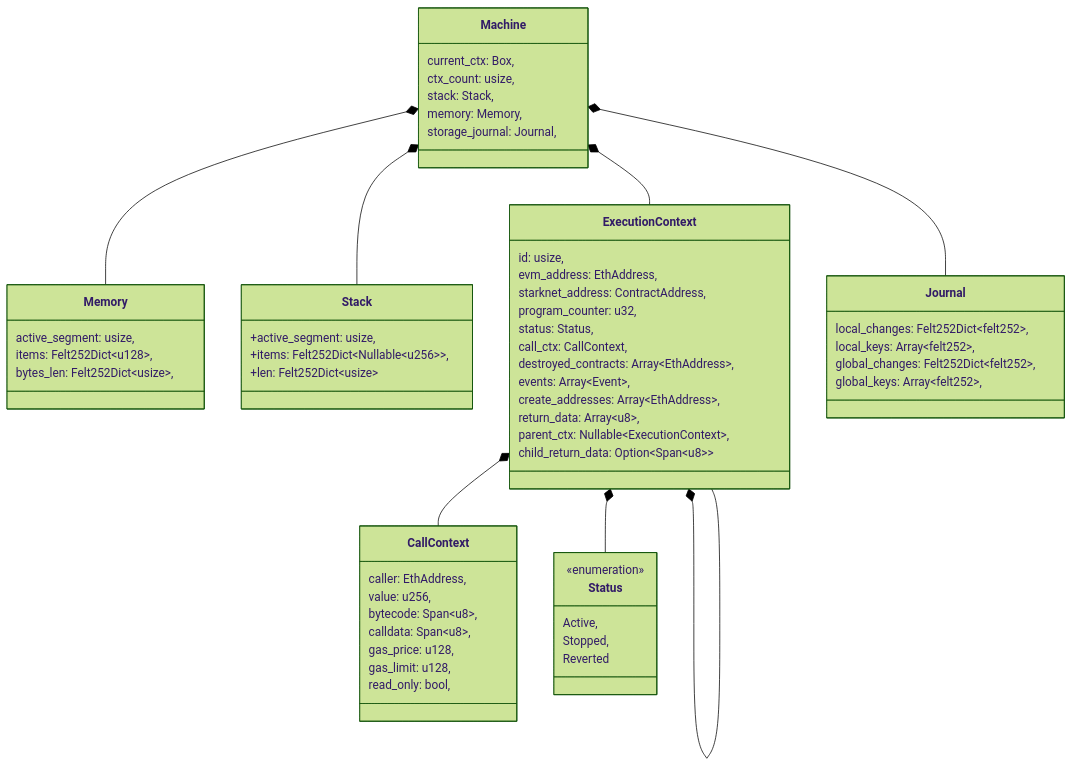
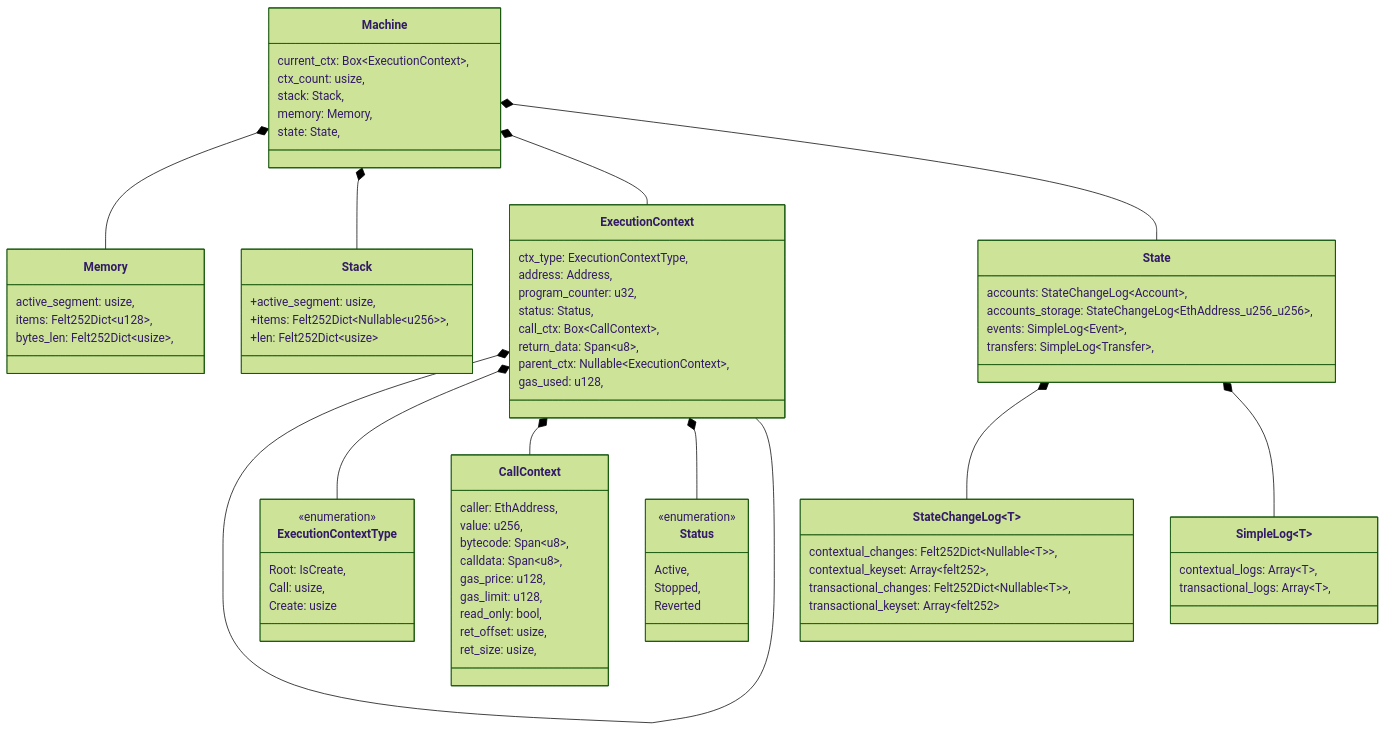
Before and after one commit to kkrt-labs/kakarot-ssj: the first of 2 diagrams in docs/general/machine.md, drawn with Mermaid (forest theme). The commit also changed other lines of this file and 28 other files, not shown here.

````diff
--- a/docs/general/machine.md
+++ b/docs/general/machine.md
@@ -46,11 +46,11 @@
 ```mermaid
 classDiagram
     class Machine{
-        current_ctx: Box<ExecutionContext>,
+        current_ctx: Box~ExecutionContext~,
         ctx_count: usize,
         stack: Stack,
         memory: Memory,
-        storage_journal: Journal,
+        state: State,
     }
 
     class Memory{
@@ -66,20 +66,22 @@
     }
 
     class ExecutionContext{
-        id: usize,
-        evm_address: EthAddress,
-        starknet_address: ContractAddress,
-        program_counter: u32,
-        status: Status,
-        call_ctx: CallContext,
-        destroyed_contracts: Array~EthAddress~,
-        events: Array~Event~,
-        create_addresses: Array~EthAddress~,
-        return_data: Array~u8~,
-        parent_ctx: Nullable~ExecutionContext~,
-        child_return_data: Option~Span~u8~~
+      ctx_type: ExecutionContextType,
+      address: Address,
+      program_counter: u32,
+      status: Status,
+      call_ctx: Box~CallContext~,
+      return_data: Span~u8~,
+      parent_ctx: Nullable~ExecutionContext~,
+      gas_used: u128,
     }
 
+    class ExecutionContextType {
+      <<enumeration>>
+      Root: IsCreate,
+      Call: usize,
+      Create: usize
+    }
 
     class CallContext{
         caller: EthAddress,
@@ -89,13 +91,27 @@
         gas_price: u128,
         gas_limit: u128,
         read_only: bool,
+        ret_offset: usize,
+        ret_size: usize,
     }
 
-    class Journal{
-        local_changes: Felt252Dict~felt252~,
-        local_keys: Array~felt252~,
-        global_changes: Felt252Dict~felt252~,
-        global_keys: Array~felt252~,
+    class State{
+      accounts: StateChangeLog~Account~,
+      accounts_storage: StateChangeLog~EthAddress_u256_u256~,
+      events: SimpleLog~Event~,
+      transfers: SimpleLog~Transfer~,
+    }
+
+    class StateChangeLog~T~ {
+      contextual_changes: Felt252Dict~Nullable~T~~,
+      contextual_keyset: Array~felt252~,
+      transactional_changes: Felt252Dict~Nullable~T~~,
+      transactional_keyset: Array~felt252~
+    }
+
+    class SimpleLog~T~ {
+      contextual_logs: Array~T~,
+      transactional_logs: Array~T~,
     }
 
     class Status{
@@ -109,8 +125,11 @@
     Machine *-- Memory
     Machine *-- Stack
     Machine *-- ExecutionContext
-    Machine *-- Journal
+    Machine *-- State
     ExecutionContext *-- ExecutionContext
+    ExecutionContext *-- ExecutionContextType
     ExecutionContext *-- CallContext
     ExecutionContext *-- Status
+    State *-- StateChangeLog
+    State *-- SimpleLog
 ```
````
